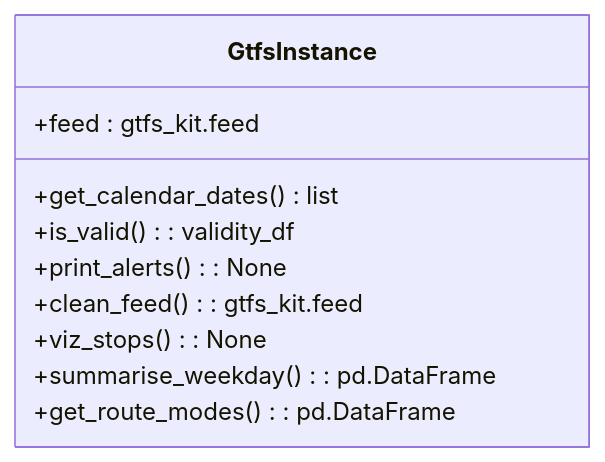
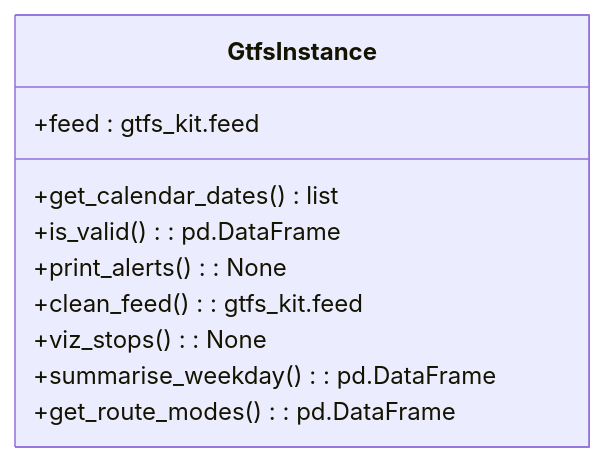
One commit to datasciencecampus/transport-network-performance changed the diagram in docs/gtfs/Gtfs_Instance_class_diagram.md. Above: the diagram before and after it, drawn with Mermaid.

Commit message:
refactor: Consistent return types

````diff
--- a/docs/gtfs/Gtfs_Instance_class_diagram.md
+++ b/docs/gtfs/Gtfs_Instance_class_diagram.md
@@ -9,15 +9,15 @@
 ```{mermaid}
 
 classDiagram
     class GtfsInstance {
         +feed : gtfs_kit.feed
         +get_calendar_dates() list
-        +is_valid() : validity_df
+        +is_valid() : pd.DataFrame
         +print_alerts() : None
         +clean_feed() : gtfs_kit.feed
         +viz_stops() : None
         +summarise_weekday() : pd.DataFrame
         +get_route_modes() : pd.DataFrame
     }
 
 ```
````
